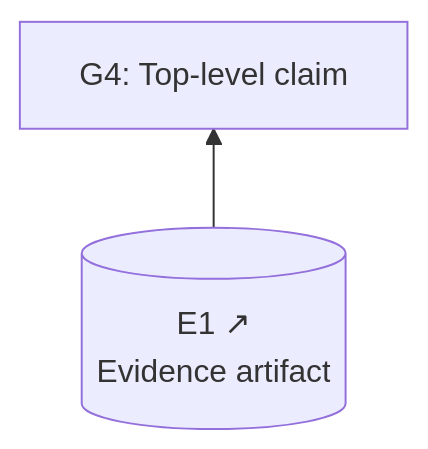
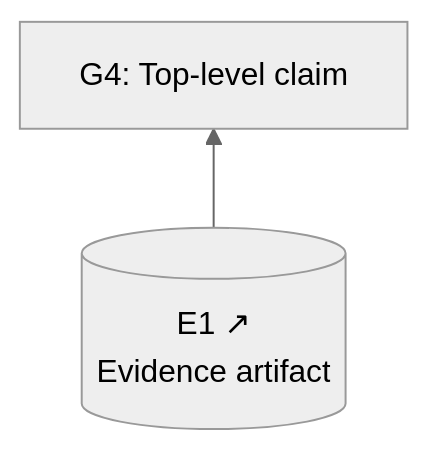
Before and after one commit to coreinfrastructure/best-practices-badge: diagram 19 of 19 in docs/sacm-mermaid.md, drawn with Mermaid. The commit also changed other lines of this file, not shown here.

Commit message:
Add to frontmatter

````diff
--- a/docs/sacm-mermaid.md
+++ b/docs/sacm-mermaid.md
@@ -711,12 +716,17 @@
 ```mermaid
 ---
 config:
+  theme: neutral
   flowchart:
     curve: linear
+    htmlLabels: true
+    rankSpacing: 50
+    nodeSpacing: 50
+    padding: 15
 ---
 flowchart BT
     E1[("E1 ↗<br/>Evidence artifact")]
     G4["G4: Top-level claim"]
 
     E1 --> G4
 ```
````
